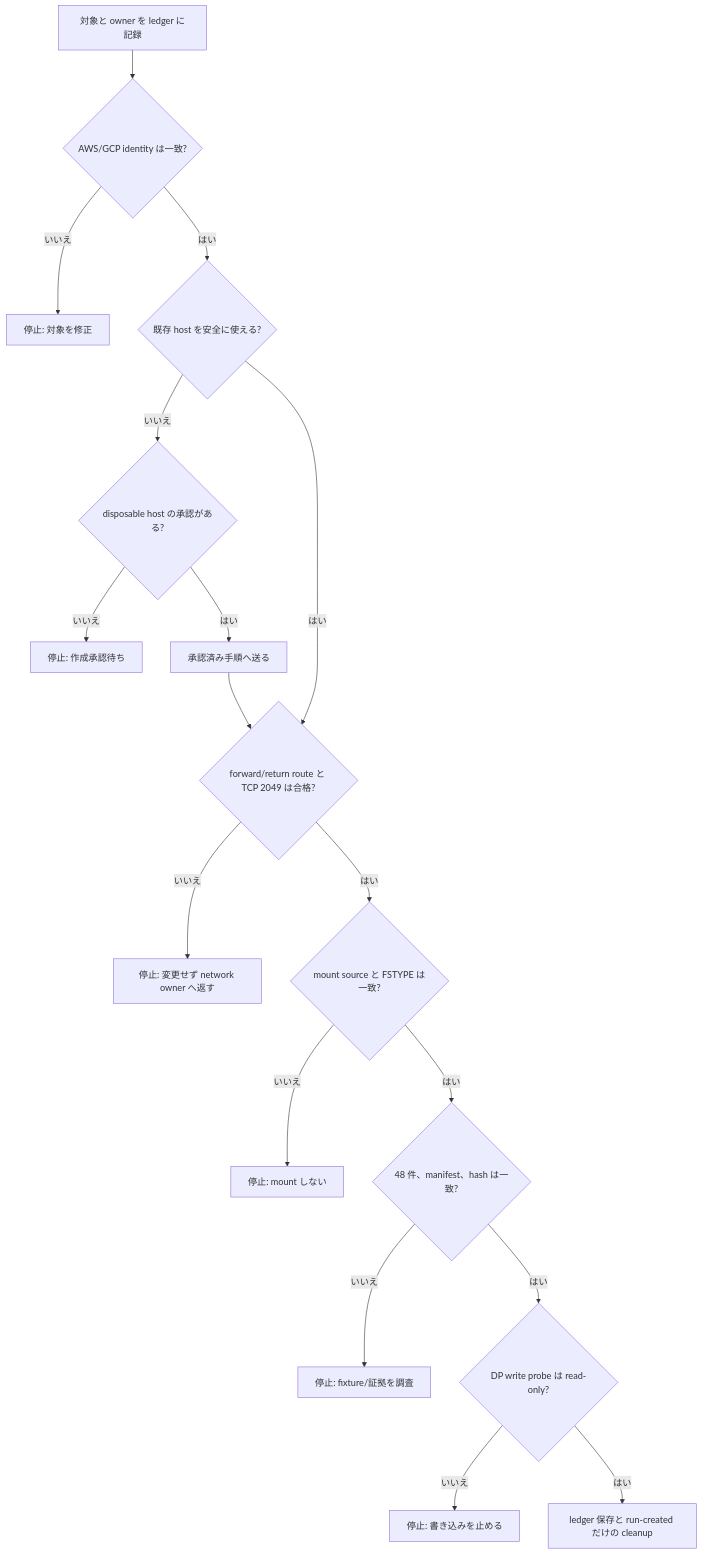
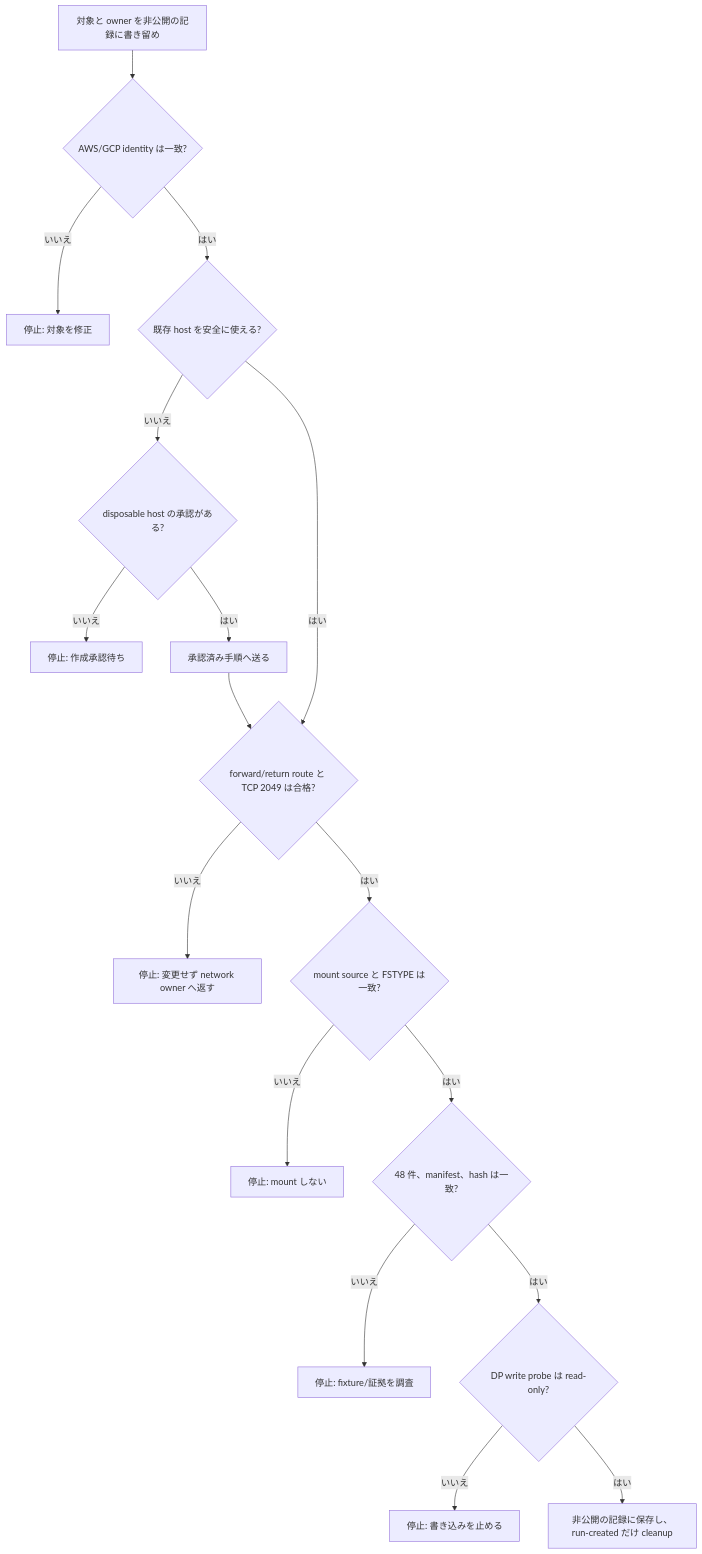
One commit to Yoshiki0705/FSx-for-ONTAP-Adoption-Playbook changed the diagram in docs/ja/reference/gcp-to-fsx-ontap-preflight-and-sample-validation.md. Above: the diagram before and after it, drawn with Mermaid. The commit also changed other lines of this file and 11 other files, not shown here.

````diff
--- a/docs/ja/reference/gcp-to-fsx-ontap-preflight-and-sample-validation.md
+++ b/docs/ja/reference/gcp-to-fsx-ontap-preflight-and-sample-validation.md
@@ -75,19 +75,19 @@
 ```mermaid
 flowchart TD
-    A[対象と owner を ledger に記録] --> B{AWS/GCP identity は一致?}
+    A[対象と owner を非公開の記録に書き留め] --> B{AWS/GCP identity は一致?}
     B -- いいえ --> STOP1[停止: 対象を修正]
     B -- はい --> C{既存 host を安全に使える?}
     C -- いいえ --> D{disposable host の承認がある?}
     D -- いいえ --> STOP2[停止: 作成承認待ち]
     D -- はい --> E[承認済み手順へ送る]
     C -- はい --> F{forward/return route と TCP 2049 は合格?}
     E --> F
     F -- いいえ --> STOP3[停止: 変更せず network owner へ返す]
     F -- はい --> G{mount source と FSTYPE は一致?}
     G -- いいえ --> STOP4[停止: mount しない]
     G -- はい --> H{48 件、manifest、hash は一致?}
     H -- いいえ --> STOP5[停止: fixture/証拠を調査]
     H -- はい --> I{DP write probe は read-only?}
     I -- いいえ --> STOP6[停止: 書き込みを止める]
-    I -- はい --> J[ledger 保存と run-created だけの cleanup]
+    I -- はい --> J[非公開の記録に保存し、run-created だけ cleanup]
 ```
````
